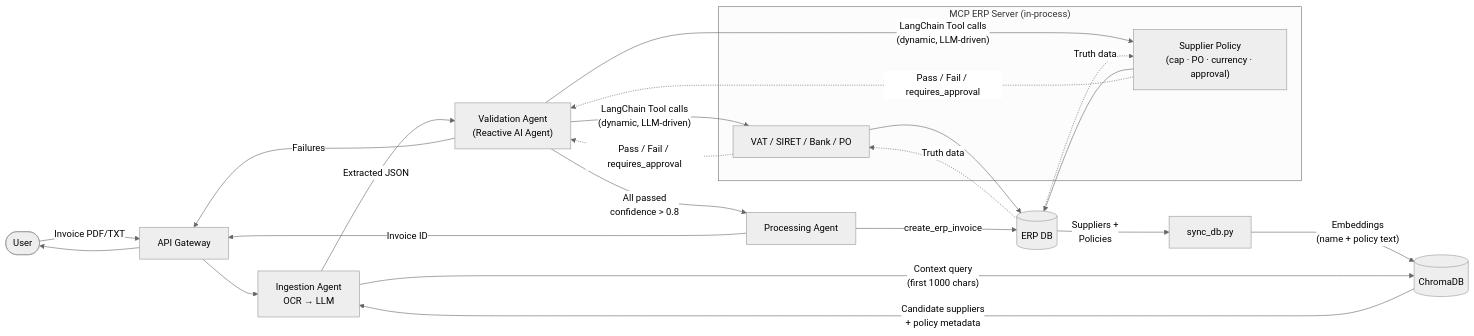
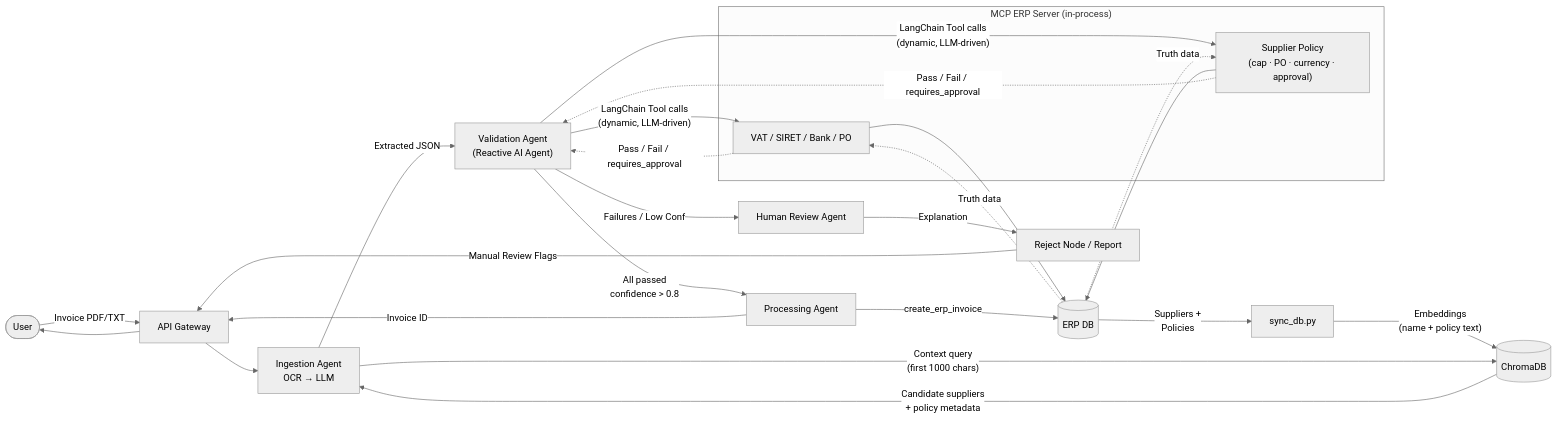
One commit to raghuramr-jpg/einvoice-processing changed the third of 4 diagrams in README.md. Above: the diagram before and after it, drawn with Mermaid (neutral theme). The commit also changed other lines of this file and 21 other files, not shown here.

Commit message:
feat: Implement human review agent, API, and graph-based workflow for invoice processing.

````diff
--- a/README.md
+++ b/README.md
@@ -77,28 +116,30 @@
 ```mermaid
 flowchart LR
     User(["User"]) -- "Invoice PDF/TXT" --> GW["API Gateway"]
     GW --> Ing["Ingestion Agent\nOCR → LLM"]
 
     ERP[(ERP DB)] -- "Suppliers +\nPolicies" --> Sync["sync_db.py"]
     Sync -- "Embeddings\n(name + policy text)" --> RAG[(ChromaDB)]
 
     Ing -- "Context query\n(first 1000 chars)" --> RAG
     RAG -- "Candidate suppliers\n+ policy metadata" --> Ing
 
     Ing -- "Extracted JSON" --> Val["Validation Agent\n(Reactive AI Agent)"]
 
     subgraph MCP["MCP ERP Server (in-process)"]
         V1["VAT / SIRET / Bank / PO"]
         V2["Supplier Policy\n(cap · PO · currency · approval)"]
     end
 
     Val -- "LangChain Tool calls\n(dynamic, LLM-driven)" --> V1 & V2
     V1 & V2 --> ERP
     ERP -. "Truth data" .-> V1 & V2
     V1 & V2 -. "Pass / Fail / requires_approval" .-> Val
 
     Val -- "All passed\nconfidence > 0.8" --> Proc["Processing Agent"]
-    Val -- "Failures" --> GW
+    Val -- "Failures / Low Conf" --> HRA["Human Review Agent"]
+    HRA -- "Explanation" --> Rej["Reject Node / Report"]
     Proc -- "create_erp_invoice" --> ERP
     Proc -- "Invoice ID" --> GW --> User
+    Rej -- "Manual Review Flags" --> GW
 ```
````
